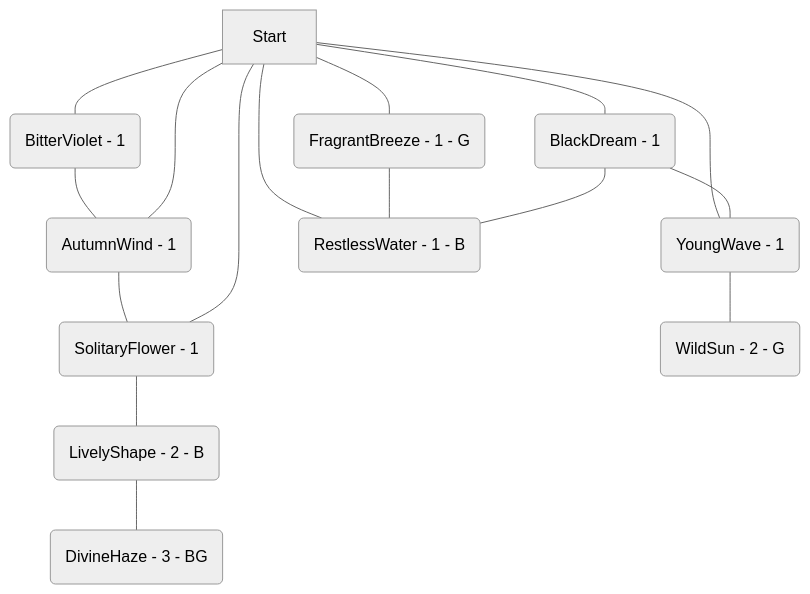
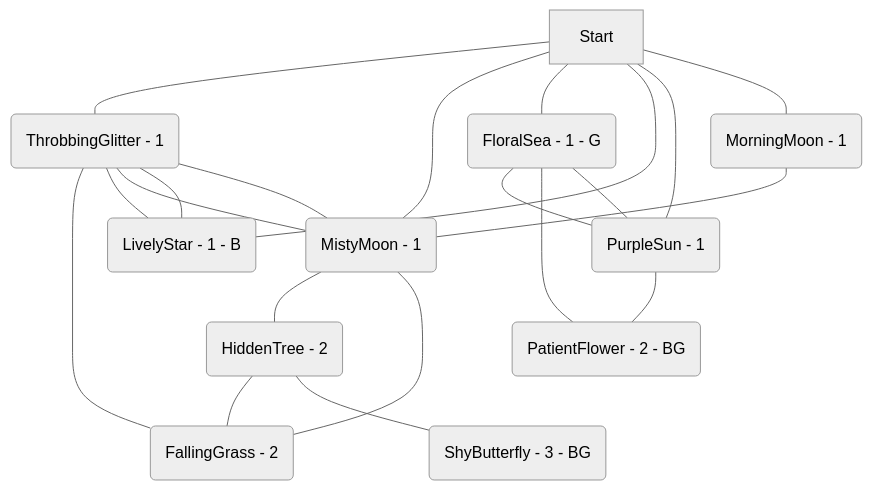
Before and after one commit to kinostl/Automatic-Liberation-Map: the diagram in examples/002.md, drawn with Mermaid (neutral theme). The commit also changed other lines of this file and 9 other files, not shown here.

````diff
--- a/examples/002.md
+++ b/examples/002.md
@@ -3,18 +4,23 @@
 ```mermaid  
 flowchart TD  
-	Start --- PECDeaBf(BitterViolet - 1)  
-	Start --- SVeYFLTU(YoungWave - 1)  
-	ZdxjOvPB(AutumnWind - 1) --- UZdvwJXu(SolitaryFlower - 1)  
-	PECDeaBf(BitterViolet - 1) --- ZdxjOvPB(AutumnWind - 1)  
-	Start --- ZdxjOvPB(AutumnWind - 1)  
-	Start --- ZFcUobws(RestlessWater - 1 - B)  
-	LyNzwcJU(BlackDream - 1) --- SVeYFLTU(YoungWave - 1)  
-	Start --- LyNzwcJU(BlackDream - 1)  
-	Start --- UZdvwJXu(SolitaryFlower - 1)  
-	IMpRgNvA(FragrantBreeze - 1 - G) --- ZFcUobws(RestlessWater - 1 - B)  
-	NXWVEOfj(LivelyShape - 2 - B) --- BnpwfqKh(DivineHaze - 3 - BG)  
-	UZdvwJXu(SolitaryFlower - 1) --- NXWVEOfj(LivelyShape - 2 - B)  
-	Start --- IMpRgNvA(FragrantBreeze - 1 - G)  
-	LyNzwcJU(BlackDream - 1) --- ZFcUobws(RestlessWater - 1 - B)  
-	SVeYFLTU(YoungWave - 1) --- unOpWJib(WildSun - 2 - G)  
+	cGgjrisJ(HiddenTree - 2) --- LTFhZbWQ(FallingGrass - 2)  
+	Start --- WAMiUonJ(ThrobbingGlitter - 1)  
+	WAMiUonJ(ThrobbingGlitter - 1) --- LTFhZbWQ(FallingGrass - 2)  
+	genolrET(FloralSea - 1 - G) --- FxdHwDCz(PurpleSun - 1)  
+	WAMiUonJ(ThrobbingGlitter - 1) --- QIfLxTOA(LivelyStar - 1 - B)  
+	QIfLxTOA(LivelyStar - 1 - B) --- WAMiUonJ(ThrobbingGlitter - 1)  
+	FxdHwDCz(PurpleSun - 1) --- RNpYKMyf(PatientFlower - 2 - BG)  
+	ReatkcPq(MorningMoon - 1) --- hiIvcqBU(MistyMoon - 1)  
+	cGgjrisJ(HiddenTree - 2) --- tSYwAWRn(ShyButterfly - 3 - BG)  
+	Start --- hiIvcqBU(MistyMoon - 1)  
+	WAMiUonJ(ThrobbingGlitter - 1) --- hiIvcqBU(MistyMoon - 1)  
+	Start --- genolrET(FloralSea - 1 - G)  
+	Start --- QIfLxTOA(LivelyStar - 1 - B)  
+	hiIvcqBU(MistyMoon - 1) --- cGgjrisJ(HiddenTree - 2)  
+	FxdHwDCz(PurpleSun - 1) --- genolrET(FloralSea - 1 - G)  
+	hiIvcqBU(MistyMoon - 1) --- LTFhZbWQ(FallingGrass - 2)  
+	hiIvcqBU(MistyMoon - 1) --- WAMiUonJ(ThrobbingGlitter - 1)  
+	Start --- FxdHwDCz(PurpleSun - 1)  
+	genolrET(FloralSea - 1 - G) --- RNpYKMyf(PatientFlower - 2 - BG)  
+	Start --- ReatkcPq(MorningMoon - 1)  
 ```  
````
